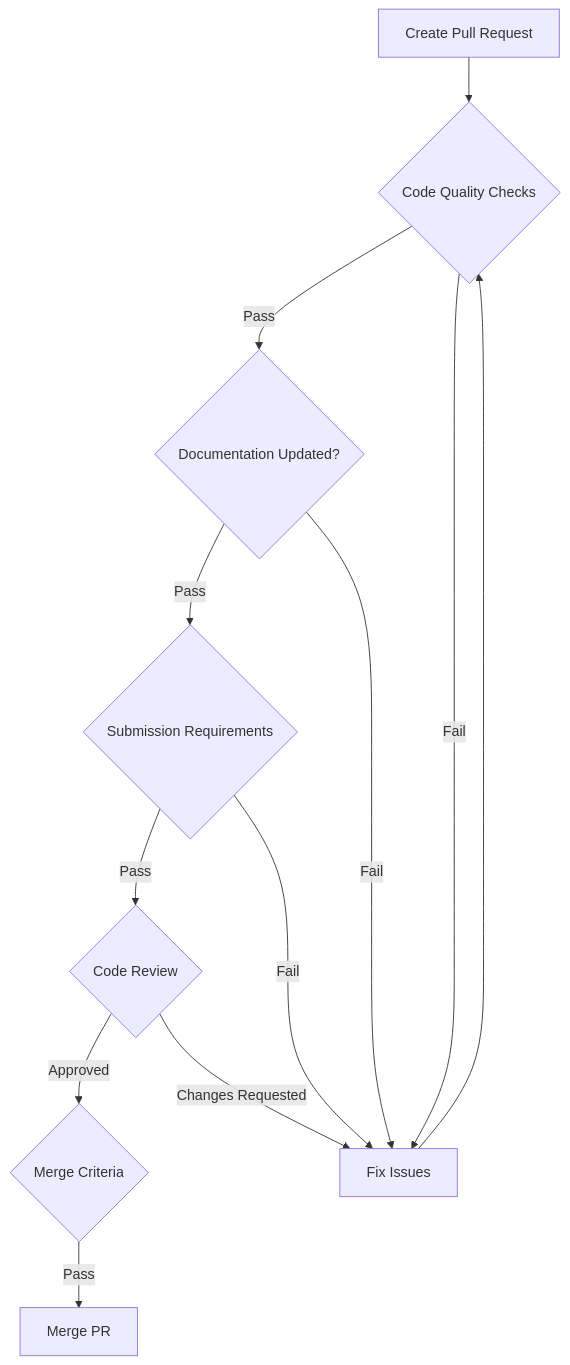
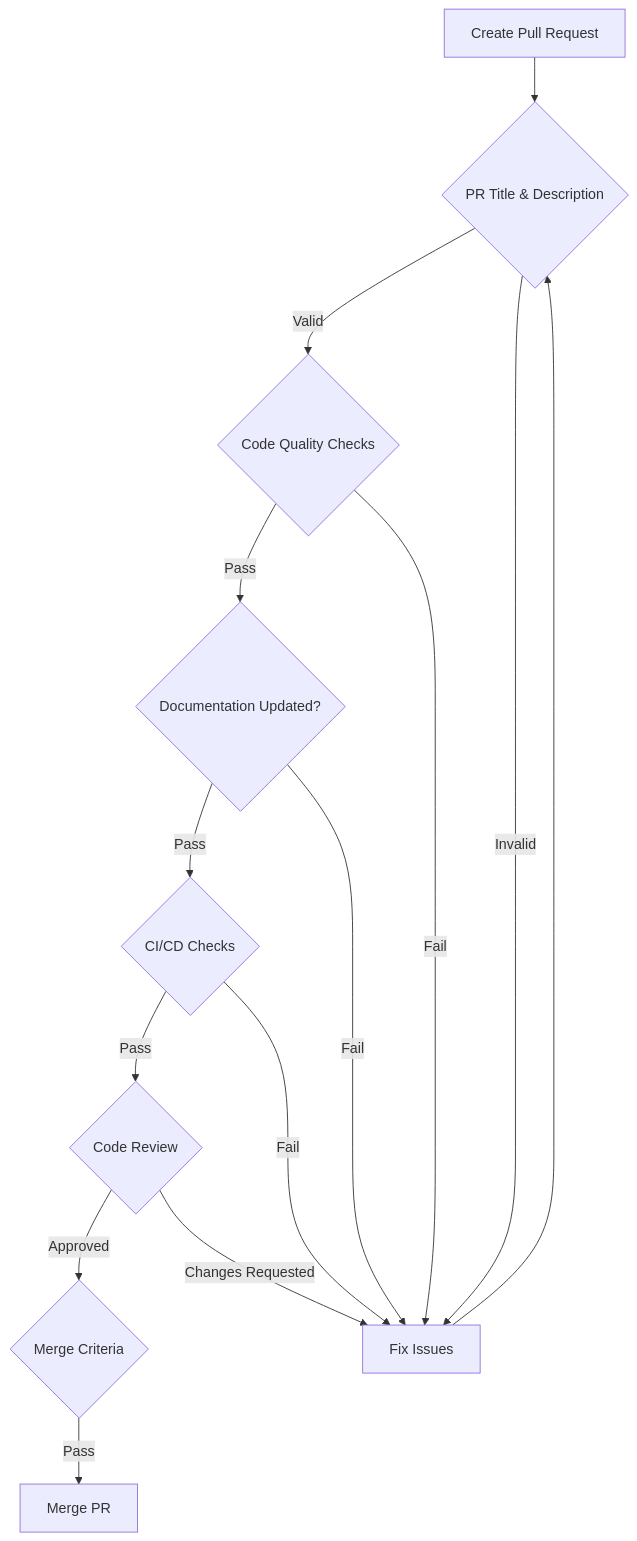
One commit to foxminchan/BookWorm changed the second of 2 diagrams in .github/CONTRIBUTING.md. Above: the diagram before and after it, drawn with Mermaid. The commit also changed other lines of this file and 3 other files, not shown here.

````diff
--- a/.github/CONTRIBUTING.md
+++ b/.github/CONTRIBUTING.md
@@ -323,15 +333,17 @@
 ```mermaid
 flowchart TD
-    A[Create Pull Request] --> B{Code Quality Checks}
-    B -->|Pass| C{Documentation Updated?}
-    C -->|Pass| D{Submission Requirements}
-    D -->|Pass| E{Code Review}
-    E -->|Approved| F{Merge Criteria}
-    F -->|Pass| G[Merge PR]
+    A[Create Pull Request] --> B{PR Title & Description}
+    B -->|Valid| C{Code Quality Checks}
+    C -->|Pass| D{Documentation Updated?}
+    D -->|Pass| E{CI/CD Checks}
+    E -->|Pass| F{Code Review}
+    F -->|Approved| G{Merge Criteria}
+    G -->|Pass| H[Merge PR]
 
-    B -->|Fail| H[Fix Issues]
-    C -->|Fail| H
-    D -->|Fail| H
-    E -->|Changes Requested| H
-    H --> B
+    B -->|Invalid| I[Fix Issues]
+    C -->|Fail| I
+    D -->|Fail| I
+    E -->|Fail| I
+    F -->|Changes Requested| I
+    I --> B
 ```
````
